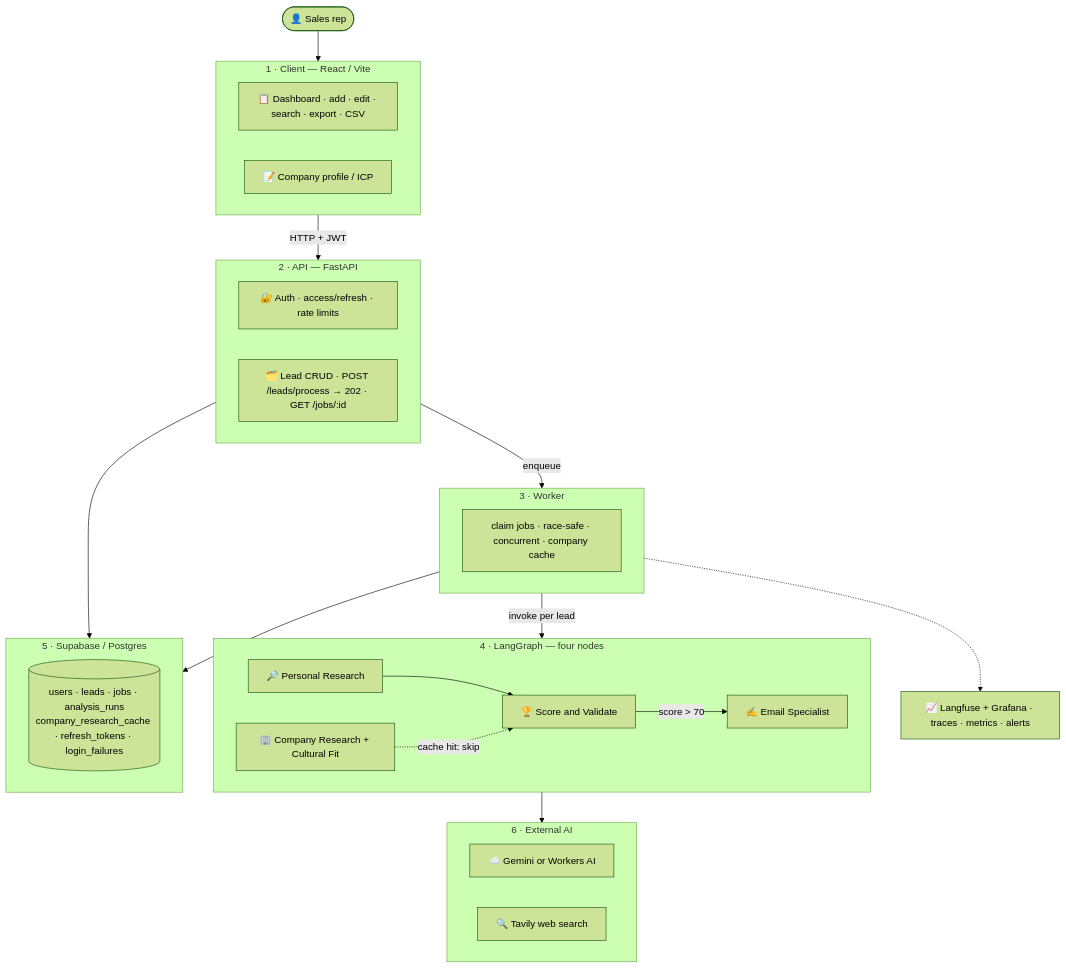
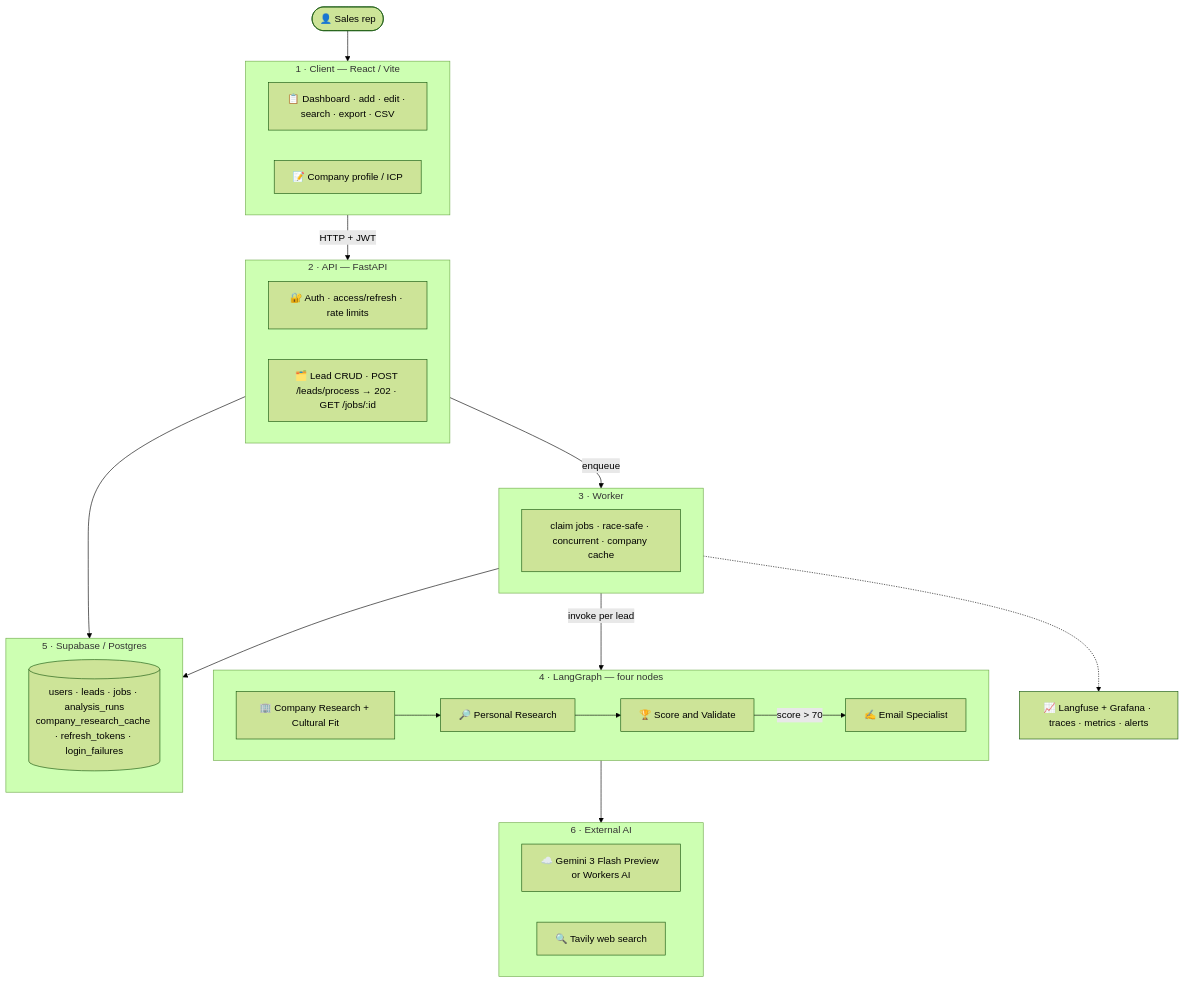
Before and after one commit to VIVPM/multi-crew-leads-dashboard: the diagram in README.md, drawn with Mermaid (forest theme). The commit also changed other lines of this file, not shown here.

````diff
--- a/README.md
+++ b/README.md
@@ -22,44 +22,43 @@
 ```mermaid
 graph TD
     User(["👤 Sales rep"])
 
     subgraph CLIENT ["1 · Client — React / Vite"]
         UI["📋 Dashboard · add · edit · search · export · CSV"]
         ICP["📝 Company profile / ICP"]
     end
 
     subgraph APP ["2 · API — FastAPI"]
         Auth["🔐 Auth · access/refresh · rate limits"]
         REST["🗂️ Lead CRUD · POST /leads/process → 202 · GET /jobs/:id"]
     end
 
     subgraph CTRL ["3 · Worker"]
         Claim["claim jobs · race-safe · concurrent · company cache"]
     end
 
     subgraph AI ["4 · LangGraph — four nodes"]
-        A1["🔎 Personal Research"] --> A3["🏆 Score and Validate"]
-        A2["🏢 Company Research + Cultural Fit"] -.->|cache hit: skip| A3
+        A2["🏢 Company Research + Cultural Fit"] --> A1["🔎 Personal Research"] --> A3["🏆 Score and Validate"]
         A3 -->|score > 70| E1["✍️ Email Specialist"]
     end
 
     subgraph DATA ["5 · Supabase / Postgres"]
         Tbls[("users · leads · jobs · analysis_runs<br>company_research_cache · refresh_tokens · login_failures")]
     end
 
     subgraph EXT ["6 · External AI"]
-        LLM["☁️ Gemini or Workers AI"]
+        LLM["☁️ Gemini 3 Flash Preview or Workers AI"]
         Tavily["🔍 Tavily web search"]
     end
 
     OBS["📈 Langfuse + Grafana · traces · metrics · alerts"]
 
     User --> CLIENT
     CLIENT -->|HTTP + JWT| APP
     APP --> DATA
     APP -->|enqueue| CTRL
     CTRL -->|invoke per lead| AI
     AI --> EXT
     CTRL --> DATA
     CTRL -.-> OBS
 ```
````
